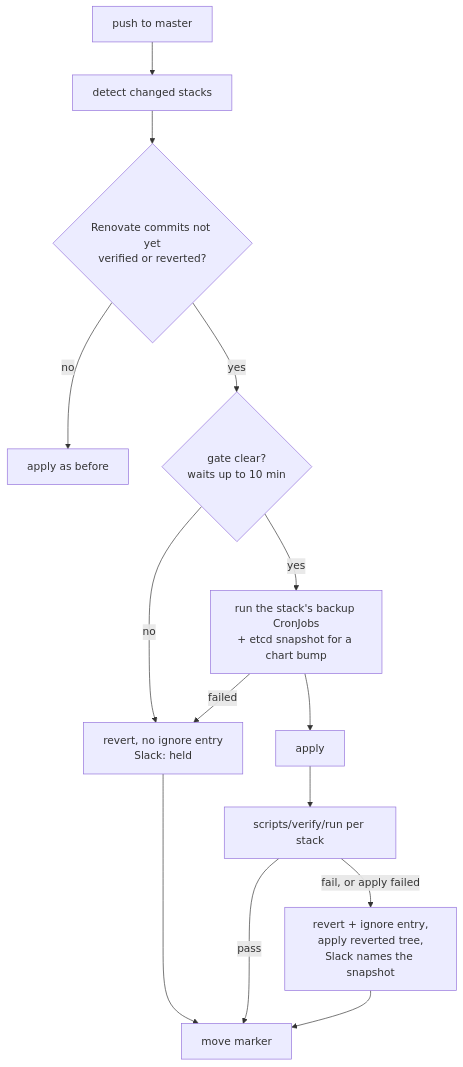
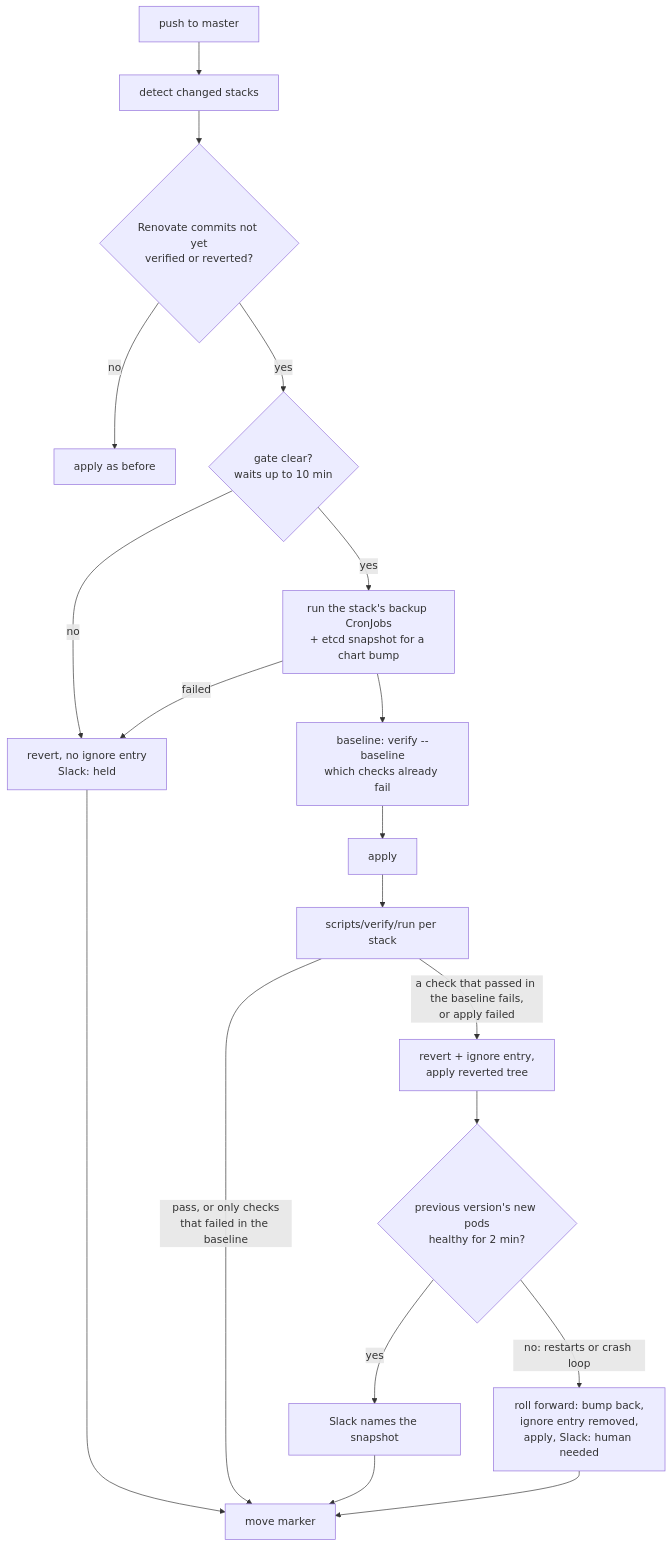
The diagram in docs/runbooks/renovate.md (ViktorBarzin/infra), drawn with Mermaid before and after one commit. The commit also changed other lines of this file and 10 other files, not shown here.

````diff
--- a/docs/runbooks/renovate.md
+++ b/docs/runbooks/renovate.md
@@ -37,16 +37,21 @@
 ```mermaid
 flowchart TD
   P[push to master] --> D[detect changed stacks]
   D --> R{Renovate commits not yet<br/>verified or reverted?}
   R -->|no| A[apply as before]
   R -->|yes| G{gate clear?<br/>waits up to 10 min}
   G -->|no| H[revert, no ignore entry<br/>Slack: held]
   G -->|yes| S[run the stack's backup CronJobs<br/>+ etcd snapshot for a chart bump]
   S -->|failed| H
-  S --> A2[apply]
+  S --> B[baseline: verify --baseline<br/>which checks already fail]
+  B --> A2[apply]
   A2 --> V[scripts/verify/run per stack]
-  V -->|pass| M[move marker]
-  V -->|fail, or apply failed| F[revert + ignore entry,<br/>apply reverted tree,<br/>Slack names the snapshot]
-  F --> M
+  V -->|pass, or only checks<br/>that failed in the baseline| M[move marker]
+  V -->|a check that passed in the baseline fails,<br/>or apply failed| F[revert + ignore entry,<br/>apply reverted tree]
+  F --> W{previous version's new pods<br/>healthy for 2 min?}
+  W -->|yes| FS[Slack names the snapshot]
+  W -->|no: restarts or crash loop| RF[roll forward: bump back,<br/>ignore entry removed,<br/>apply, Slack: human needed]
+  FS --> M
+  RF --> M
   H --> M
 ```
````
